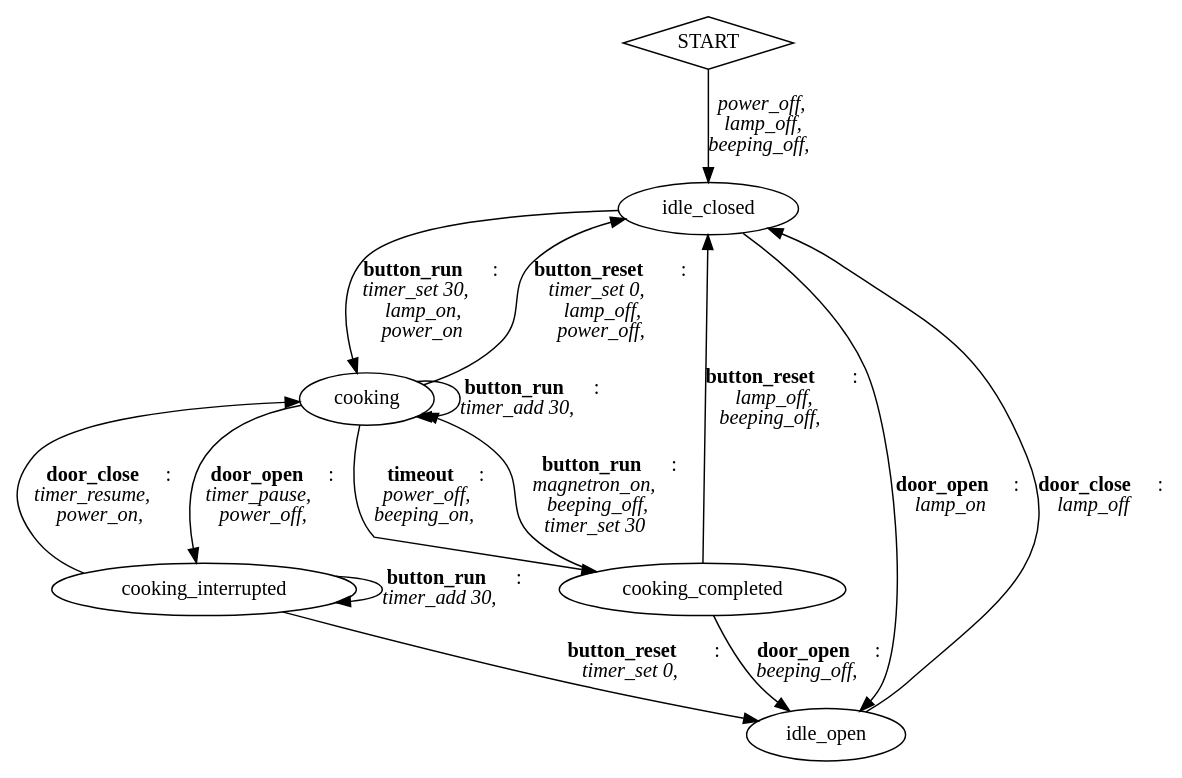
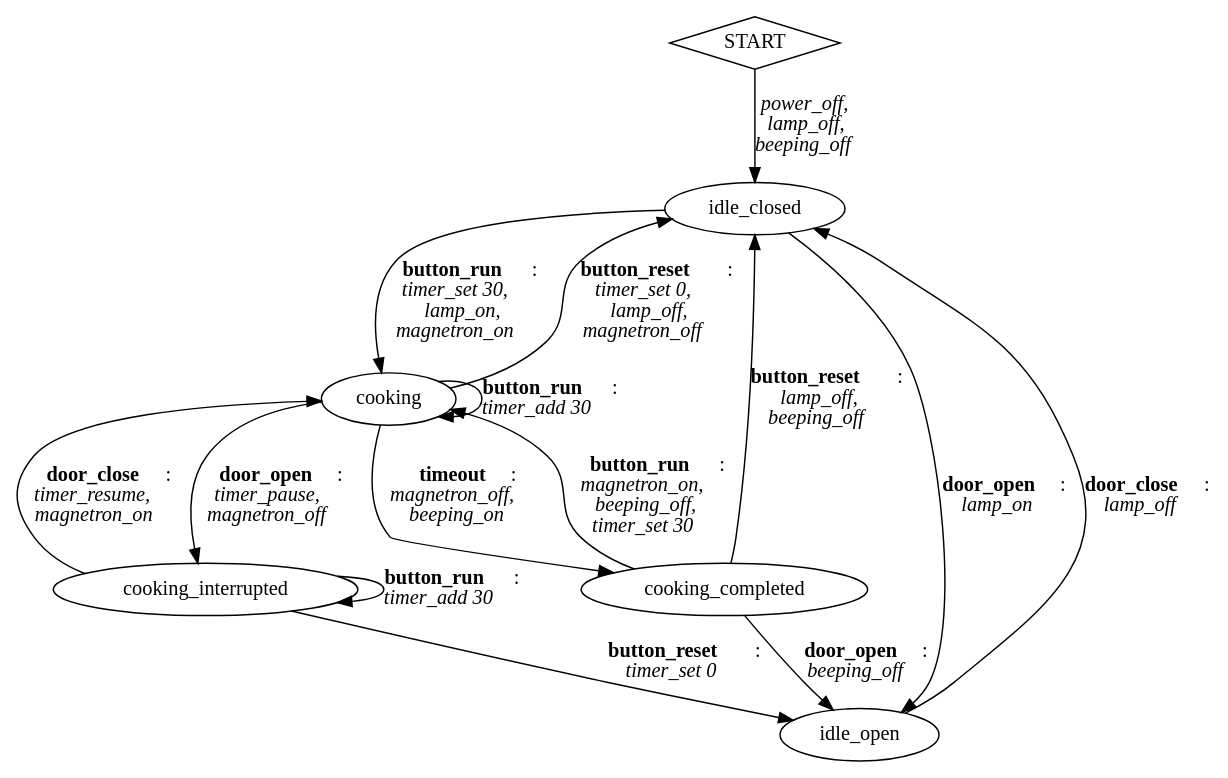
The diagram in finite_automata/transducers/dot_source_files/microwave_fsm.dot (SipakovV/fsm-code-generator), drawn with Graphviz before and after one commit. The commit also changed 2 other files, not shown here.

```diff
--- a/finite_automata/transducers/dot_source_files/microwave_fsm.dot
+++ b/finite_automata/transducers/dot_source_files/microwave_fsm.dot
@@ -1,37 +1,37 @@
-// microwave_fsm
-digraph microwave_fsm {
+// Microwave FSM
+digraph G {
 	START [shape=diamond]
 	cooking
 	cooking_completed
 	idle_open
 	cooking_interrupted
 	idle_closed
 	idle_closed -> idle_open
-	    [label=<<b>door_open</b>:<br/><i>lamp_on<br/></i>>]
+	    [label=<<b>door_open</b>:<br/><i>lamp_on</i>>]
 	idle_closed -> cooking
-	    [label=<<b>button_run</b>:<br/><i>timer_set 30,<br/>lamp_on,<br/>power_on<br/></i>>]
+	    [label=<<b>button_run</b>:<br/><i>timer_set 30,<br/>lamp_on,<br/>magnetron_on</i>>]
 	idle_open -> idle_closed
-	    [label=<<b>door_close</b>:<br/><i>lamp_off<br/></i>>]
+	    [label=<<b>door_close</b>:<br/><i>lamp_off</i>>]
 	cooking -> idle_closed
-	    [label=<<b>button_reset</b>:<br/><i>timer_set 0,<br/>lamp_off,<br/>power_off,<br/></i>>]
+	    [label=<<b>button_reset</b>:<br/><i>timer_set 0,<br/>lamp_off,<br/>magnetron_off</i>>]
 	cooking -> cooking
-	    [label=<<b>button_run</b>:<br/><i>timer_add 30,<br/></i>>]
+	    [label=<<b>button_run</b>:<br/><i>timer_add 30</i>>]
 	cooking -> cooking_interrupted
-	    [label=<<b>door_open</b>:<br/><i>timer_pause,<br/>power_off,<br/></i>>]
+	    [label=<<b>door_open</b>:<br/><i>timer_pause,<br/>magnetron_off</i>>]
 	cooking -> cooking_completed
-	    [label=<<b>timeout</b>:<br/><i>power_off,<br/>beeping_on,<br/></i>>]
+	    [label=<<b>timeout</b>:<br/><i>magnetron_off,<br/>beeping_on</i>>]
 	cooking_interrupted -> cooking
-	    [label=<<b>door_close</b>:<br/><i>timer_resume,<br/>power_on,<br/></i>>]
+	    [label=<<b>door_close</b>:<br/><i>timer_resume,<br/>magnetron_on</i>>]
 	cooking_interrupted -> idle_open
-	    [label=<<b>button_reset</b>:<br/><i>timer_set 0,<br/></i>>]
+	    [label=<<b>button_reset</b>:<br/><i>timer_set 0</i>>]
 	cooking_interrupted -> cooking_interrupted
-	    [label=<<b>button_run</b>:<br/><i>timer_add 30,<br/></i>>]
+	    [label=<<b>button_run</b>:<br/><i>timer_add 30</i>>]
 	cooking_completed -> idle_open
-	    [label=<<b>door_open</b>:<br/><i>beeping_off,<br/></i>>]
+	    [label=<<b>door_open</b>:<br/><i>beeping_off</i>>]
 	cooking_completed -> idle_closed
-	    [label=<<b>button_reset</b>:<br/><i>lamp_off,<br/>beeping_off,<br/></i>>]
+	    [label=<<b>button_reset</b>:<br/><i>lamp_off,<br/>beeping_off</i>>]
 	cooking_completed -> cooking
 	    [label=<<b>button_run</b>:<br/><i>magnetron_on,<br/>beeping_off,<br/>timer_set 30</i>>];
 	START -> idle_closed
-	    [label=<<i>power_off,<br/>lamp_off,<br/>beeping_off,<br/></i>>]
+	    [label=<<i>power_off,<br/>lamp_off,<br/>beeping_off</i>>]
 }
```
